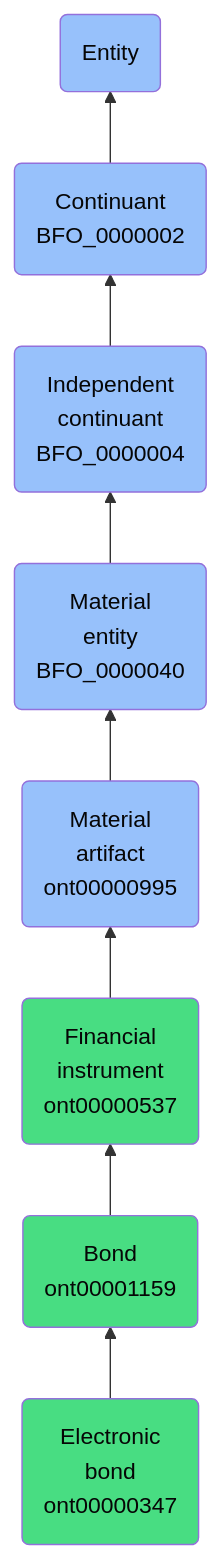
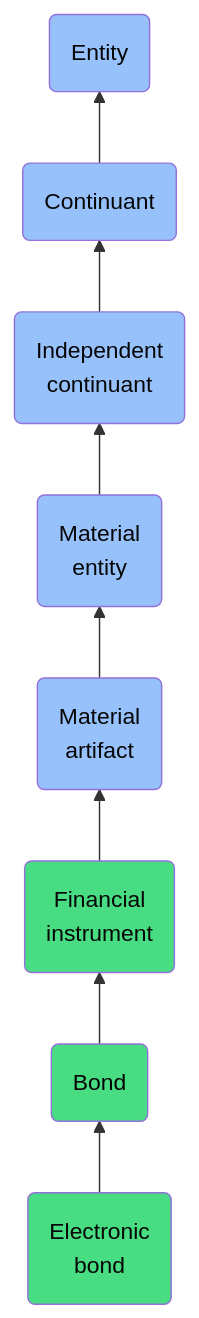
Before and after one commit to jupyter-naas/abi: the diagram in docs/ontology/reference/model/Entity/Continuant/Independent continuant/Material entity/Material artifact/Financial instrument/Bond/Electronic bond/Electronic bond.md, drawn with Mermaid. The commit also changed other lines of this file and 1430 other files, not shown here.

````diff
--- a/docs/ontology/reference/model/Entity/Continuant/Independent continuant/Material entity/Material artifact/Financial instrument/Bond/Electronic bond/Electronic bond.md
+++ b/docs/ontology/reference/model/Entity/Continuant/Independent continuant/Material entity/Material artifact/Financial instrument/Bond/Electronic bond/Electronic bond.md
@@ -24,15 +24,15 @@
 ```mermaid
 graph BT
-    ont00000347(Electronic<br>bond<br>ont00000347):::ABI-->ont00001159
-    ont00001159(Bond<br>ont00001159):::ABI-->ont00000537
-    ont00000537(Financial<br>instrument<br>ont00000537):::ABI-->ont00000995
-    ont00000995(Material<br>artifact<br>ont00000995):::BFO-->BFO_0000040
-    BFO_0000040(Material<br>entity<br>BFO_0000040):::BFO-->BFO_0000004
-    BFO_0000004(Independent<br>continuant<br>BFO_0000004):::BFO-->BFO_0000002
-    BFO_0000002(Continuant<br>BFO_0000002):::BFO-->BFO_0000001
+    ont00000347(Electronic<br>bond):::ABI-->ont00001159
+    ont00001159(Bond):::ABI-->ont00000537
+    ont00000537(Financial<br>instrument):::ABI-->ont00000995
+    ont00000995(Material<br>artifact):::BFO-->BFO_0000040
+    BFO_0000040(Material<br>entity):::BFO-->BFO_0000004
+    BFO_0000004(Independent<br>continuant):::BFO-->BFO_0000002
+    BFO_0000002(Continuant):::BFO-->BFO_0000001
     BFO_0000001(Entity):::BFO
     
     classDef BFO fill:#97c1fb,color:#060606
     classDef CCO fill:#e4c51e,color:#060606
     classDef ABI fill:#48DD82,color:#060606
 ```
````
